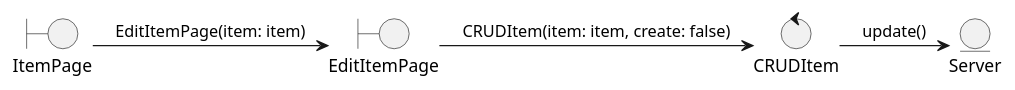
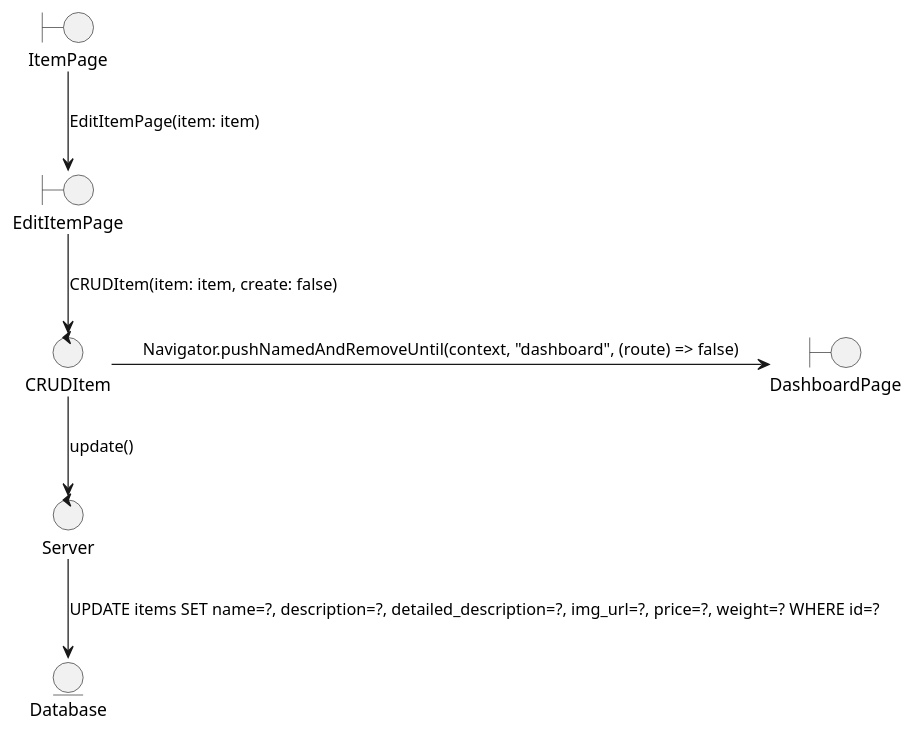
The diagram in upd_item_colab.puml (stnDinus/skpl_apbo_diagrams), drawn with PlantUML before and after one commit. The commit also changed 19 other files, not shown here.

Commit message:
fix: sequence, colab diagrams

```diff
--- a/upd_item_colab.puml
+++ b/upd_item_colab.puml
@@ -1,10 +1,14 @@
 @startuml
 boundary ItemPage
 boundary EditItemPage
+boundary DashboardPage
 control CRUDItem
-entity Server
+control Server
+entity Database
 
-(ItemPage) -> (EditItemPage): EditItemPage(item: item)
-(EditItemPage) -> (CRUDItem): CRUDItem(item: item, create: false)
-(CRUDItem) -> (Server): update()
+(ItemPage) --> (EditItemPage): EditItemPage(item: item)
+(EditItemPage) --> (CRUDItem): CRUDItem(item: item, create: false)
+(CRUDItem) --> (Server): update()
+(Server) --> (Database): UPDATE items SET name=?, description=?, detailed_description=?, img_url=?, price=?, weight=? WHERE id=?
+(CRUDItem) -> (DashboardPage): Navigator.pushNamedAndRemoveUntil(context, "dashboard", (route) => false)
 @enduml
```
